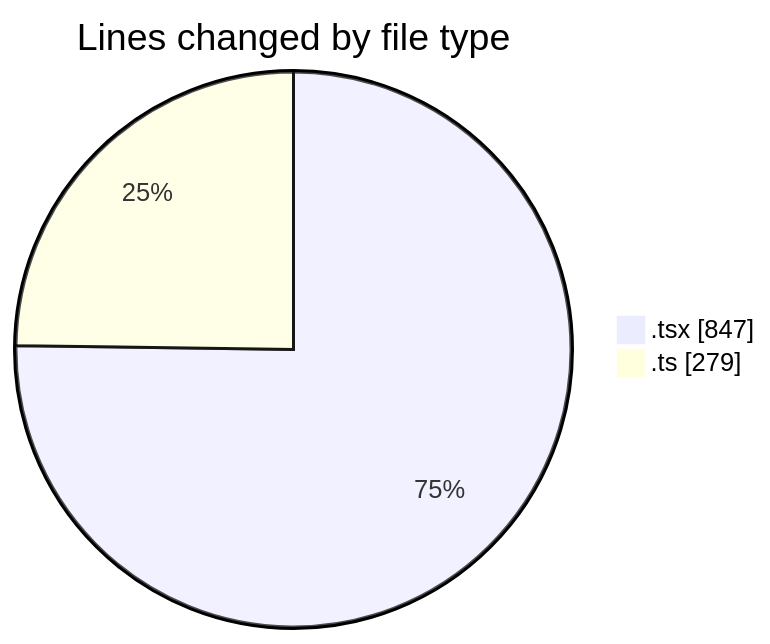
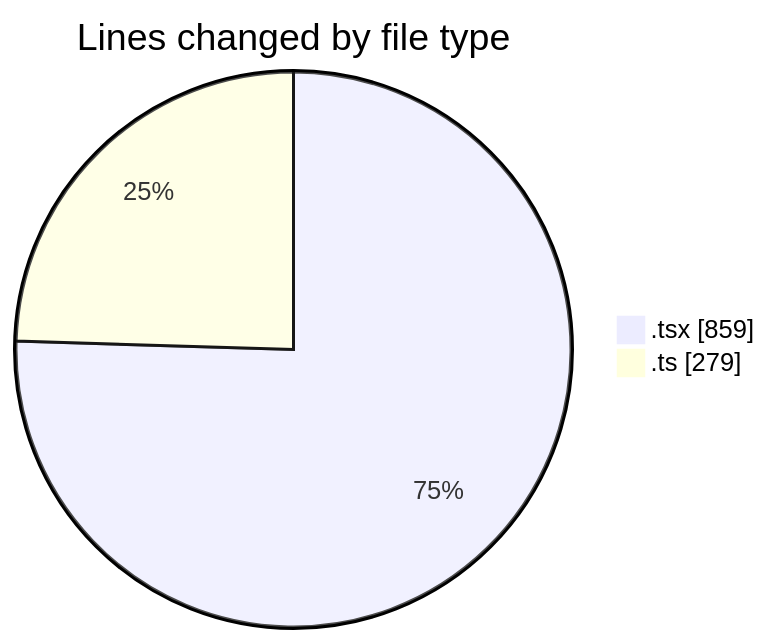
The first of 2 diagrams in 2026-04-19/airfeed-analytics-dashboard/README.md (nxtqubesakshisongat/code-tracking), drawn with Mermaid before and after one commit. The commit also changed other lines of this file and 1 other file, not shown here.

````diff
--- a/2026-04-19/airfeed-analytics-dashboard/README.md
+++ b/2026-04-19/airfeed-analytics-dashboard/README.md
@@ -25,6 +25,6 @@
 ```mermaid
 pie showData
 title Lines changed by file type
-".tsx" : 847
+".tsx" : 859
 ".ts" : 279
 ```
````
